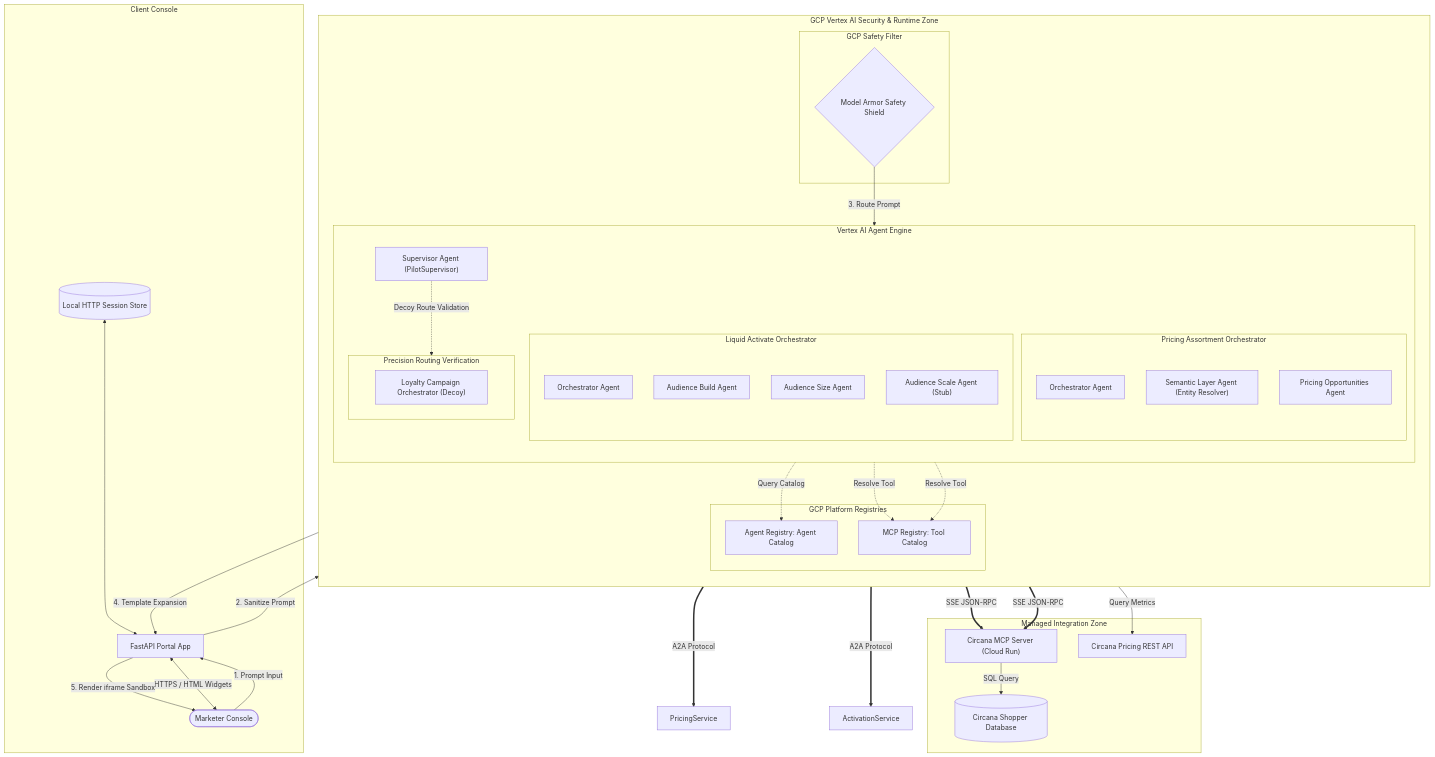
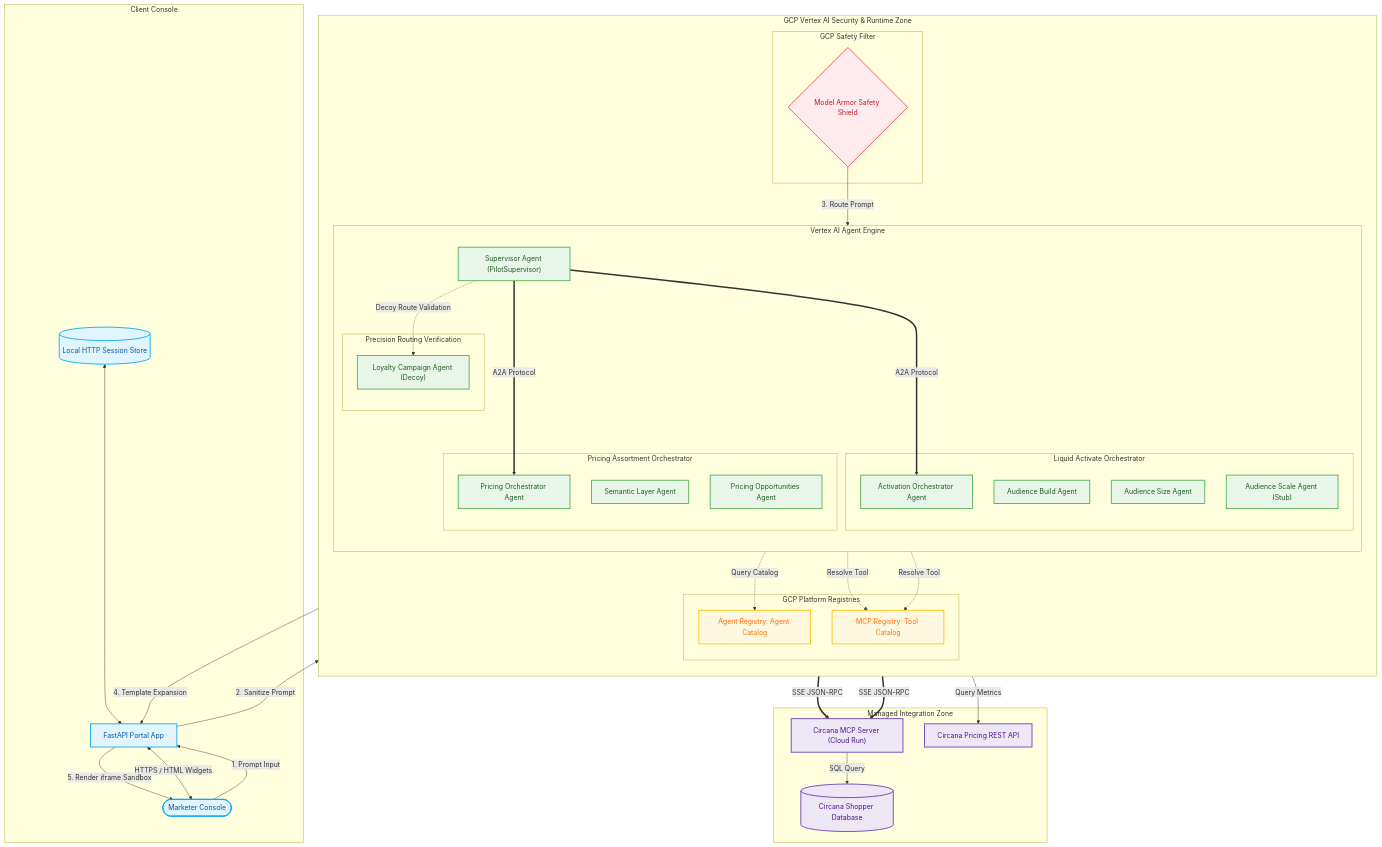
Before and after one commit to elhadik/a2a_MCP_a2ui_agentengine_demo_session_longTermMemory: the first of 2 diagrams in README.md, drawn with Mermaid. The commit also changed 1 other file, not shown here.

Commit message:
docs: improve Mermaid topology with component coloring, scale vertical graph, and correct E2E walkthrough animation

````diff
--- a/README.md
+++ b/README.md
@@ -19,5 +19,5 @@
 ```mermaid
-graph TB
+graph TD
     subgraph Client Layer [Client Console]
         User([Marketer Console]) <-->|HTTPS / HTML Widgets| Portal[FastAPI Portal App]
         PortalDB[(Local HTTP Session Store)] <--> Portal
@@ -34,20 +34,20 @@
             Supervisor["Supervisor Agent (PilotSupervisor)"]
             
             subgraph Pricing Service [Pricing Assortment Orchestrator]
-                PricingOrch["Orchestrator Agent"]
-                SemanticAgent["Semantic Layer Agent (Entity Resolver)"]
+                PricingOrch["Pricing Orchestrator Agent"]
+                SemanticAgent["Semantic Layer Agent"]
                 PricingOppAgent["Pricing Opportunities Agent"]
             end
             
             subgraph Activation Service [Liquid Activate Orchestrator]
-                ActivateOrch["Orchestrator Agent"]
+                ActivateOrch["Activation Orchestrator Agent"]
                 BuildAgent["Audience Build Agent"]
                 SizeAgent["Audience Size Agent"]
                 ScaleAgent["Audience Scale Agent (Stub)"]
             end
 
             subgraph Decoys [Precision Routing Verification]
-                LoyaltyOrch["Loyalty Campaign Orchestrator (Decoy)"]
+                LoyaltyOrch["Loyalty Campaign Agent (Decoy)"]
             end
         end
 
@@ -70,9 +70,9 @@
     Supervisor -.->|Query Catalog| AgentRegistry
     
     %% Orchestration Delegation (A2A)
-    Supervisor ===>|A2A Protocol| PricingService
-    Supervisor ===>|A2A Protocol| ActivationService
-    Supervisor -.->|Decoy Route Validation| Decoys
+    Supervisor ===>|A2A Protocol| PricingOrch
+    Supervisor ===>|A2A Protocol| ActivateOrch
+    Supervisor -.->|Decoy Route Validation| LoyaltyOrch
     
     PricingOppAgent -->|Query Metrics| PricingAPI
     BuildAgent -.->|Resolve Tool| MCPRegistry
@@ -85,4 +85,17 @@
     %% UI Projection (A2UI)
     Supervisor -->|4. Template Expansion| Portal
     Portal -->|5. Render iframe Sandbox| User
+
+    %% Style Definitions
+    classDef client fill:#E1F5FE,stroke:#03A9F4,stroke-width:2px,color:#01579B;
+    classDef security fill:#FFEBEE,stroke:#EF5350,stroke-width:2px,color:#B71C1C;
+    classDef runtime fill:#E8F5E9,stroke:#4CAF50,stroke-width:2px,color:#1B5E20;
+    classDef registry fill:#FFF8E1,stroke:#FFC107,stroke-width:2px,color:#FF6F00;
+    classDef database fill:#EDE7F6,stroke:#673AB7,stroke-width:2px,color:#4A148C;
+
+    class User,Portal,PortalDB client;
+    class ModelArmor security;
+    class Supervisor,PricingOrch,SemanticAgent,PricingOppAgent,ActivateOrch,BuildAgent,SizeAgent,ScaleAgent,LoyaltyOrch runtime;
+    class AgentRegistry,MCPRegistry registry;
+    class CloudRunMCP,OnPremDB,PricingAPI database;
 ```
````
